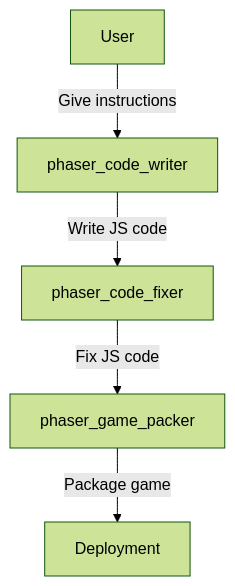
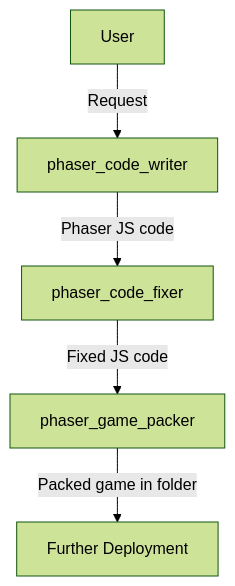
One commit to kd-research/Techies changed the diagram in techies/fixtures/phaser_crew_naive/readme.md. Above: the diagram before and after it, drawn with Mermaid (forest theme). The commit also changed other lines of this file, not shown here.

````diff
--- a/techies/fixtures/phaser_crew_naive/readme.md
+++ b/techies/fixtures/phaser_crew_naive/readme.md
@@ -33,7 +33,7 @@
 ```mermaid
 flowchart TD
-    A[User] -->|Give instructions| B[phaser_code_writer]
-    B -->|Write JS code| C[phaser_code_fixer]
-    C -->|Fix JS code| D[phaser_game_packer]
-    D -->|Package game| E[Deployment]
+    A[User] -->|Request| B[phaser_code_writer]
+    B -->|Phaser JS code| C[phaser_code_fixer]
+    C -->|Fixed JS code| D[phaser_game_packer]
+    D -->|Packed game in folder| E[Further Deployment]
 ```
````
